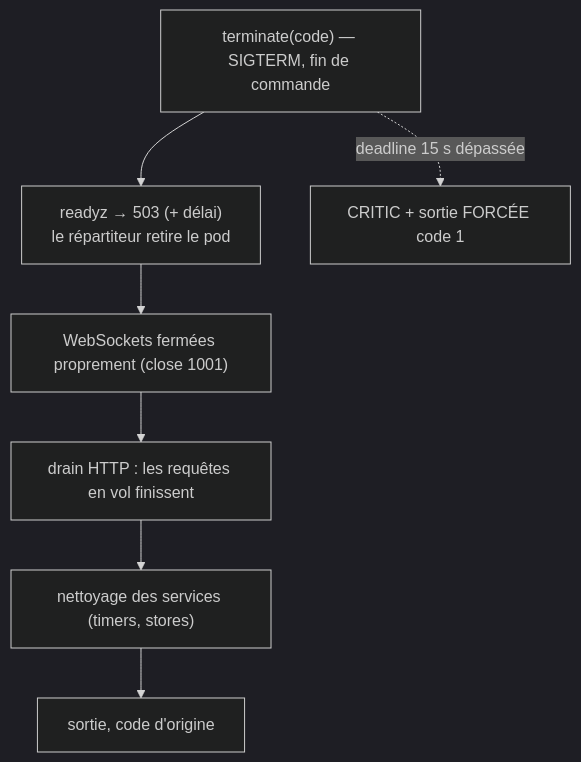
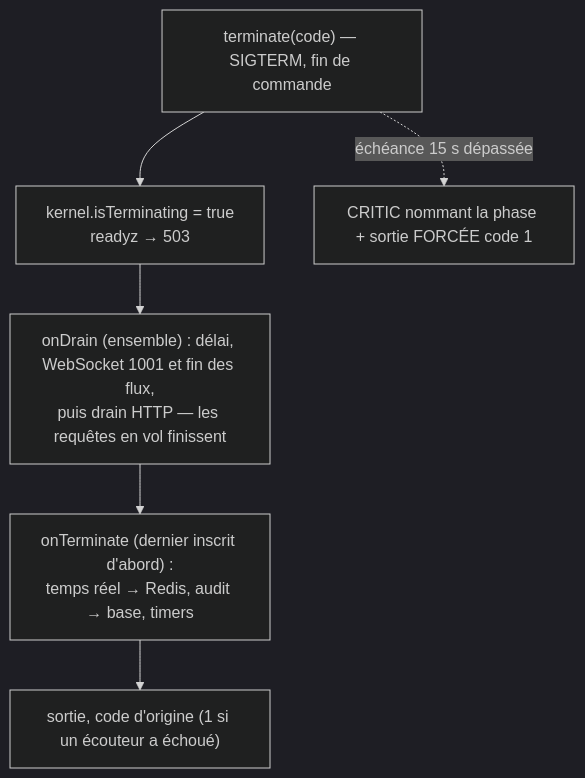
One commit to nodefony/nodefony-core changed the third of 3 diagrams in docs/architecture/cycle-boot-kernel.md. Above: the diagram before and after it, drawn with Mermaid (dark theme). The commit also changed other lines of this file and 21 other files, not shown here.

````diff
--- a/docs/architecture/cycle-boot-kernel.md
+++ b/docs/architecture/cycle-boot-kernel.md
@@ -591,9 +600,8 @@
 ```mermaid
 flowchart TD
-  T["terminate(code) — SIGTERM, fin de commande"] --> R["readyz → 503 (+ délai)<br/>le répartiteur retire le pod"]
-  R --> W["WebSockets fermées proprement (close 1001)"]
-  W --> H["drain HTTP : les requêtes en vol finissent"]
-  H --> S["nettoyage des services (timers, stores)"]
-  S --> Q["sortie, code d'origine"]
-  T -.->|"deadline 15 s dépassée"| F["CRITIC + sortie FORCÉE code 1"]
+  T["terminate(code) — SIGTERM, fin de commande"] --> I["kernel.isTerminating = true<br/>readyz → 503"]
+  I --> D["onDrain (ensemble) : délai, WebSocket 1001 et fin des flux,<br/>puis drain HTTP — les requêtes en vol finissent"]
+  D --> L["onTerminate (dernier inscrit d'abord) :<br/>temps réel → Redis, audit → base, timers"]
+  L --> Q["sortie, code d'origine (1 si un écouteur a échoué)"]
+  T -.->|"échéance 15 s dépassée"| F["CRITIC nommant la phase + sortie FORCÉE code 1"]
 ```
````
